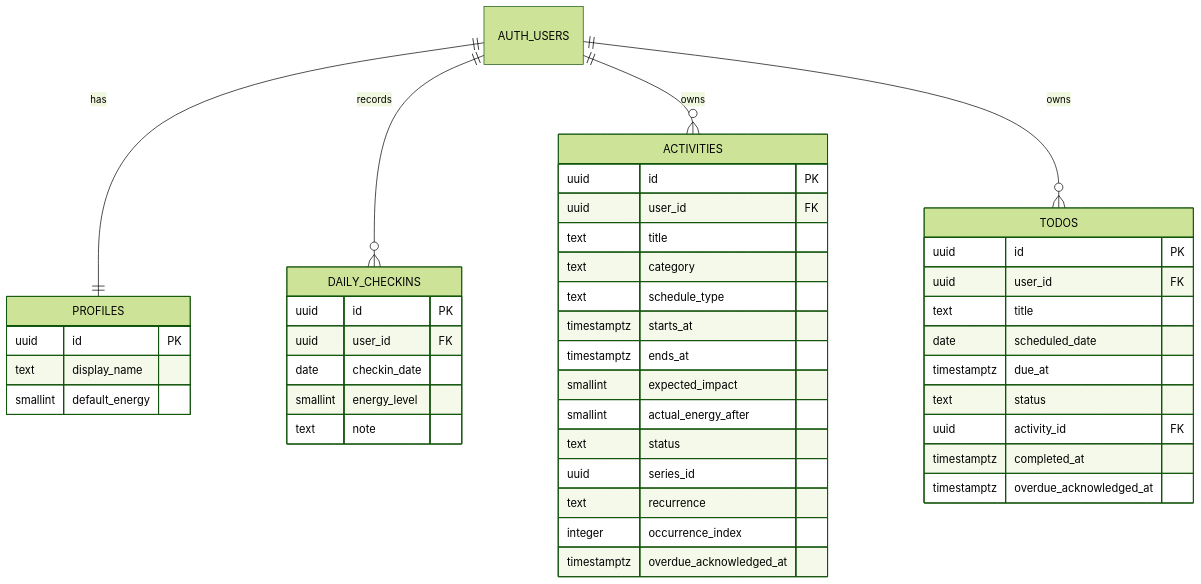
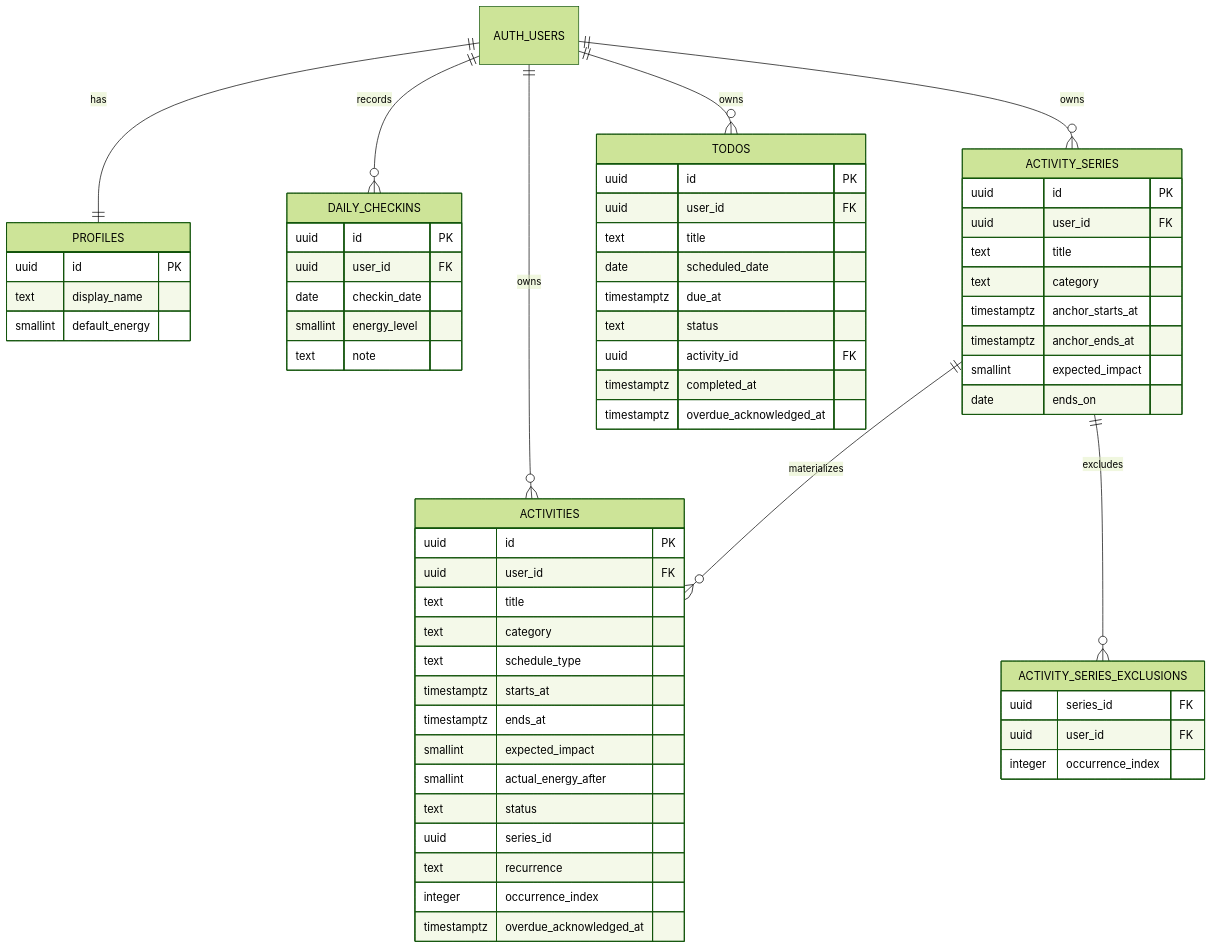
One commit to Khanh048/Bai-tap-Training changed the second of 3 diagrams in ARCHITECTURE.md. Above: the diagram before and after it, drawn with Mermaid (forest theme). The commit also changed other lines of this file and 13 other files, not shown here.

````diff
--- a/ARCHITECTURE.md
+++ b/ARCHITECTURE.md
@@ -45,50 +45,70 @@
 ```mermaid
 erDiagram
     AUTH_USERS ||--|| PROFILES : has
     AUTH_USERS ||--o{ DAILY_CHECKINS : records
+    AUTH_USERS ||--o{ ACTIVITY_SERIES : owns
+    ACTIVITY_SERIES ||--o{ ACTIVITIES : materializes
+    ACTIVITY_SERIES ||--o{ ACTIVITY_SERIES_EXCLUSIONS : excludes
     AUTH_USERS ||--o{ ACTIVITIES : owns
     AUTH_USERS ||--o{ TODOS : owns
 
     PROFILES {
         uuid id PK
         text display_name
         smallint default_energy
     }
 
     DAILY_CHECKINS {
         uuid id PK
         uuid user_id FK
         date checkin_date
         smallint energy_level
         text note
+    }
+
+    ACTIVITY_SERIES {
+        uuid id PK
+        uuid user_id FK
+        text title
+        text category
+        timestamptz anchor_starts_at
+        timestamptz anchor_ends_at
+        smallint expected_impact
+        date ends_on
+    }
+
+    ACTIVITY_SERIES_EXCLUSIONS {
+        uuid series_id FK
+        uuid user_id FK
+        integer occurrence_index
     }
 
     ACTIVITIES {
         uuid id PK
         uuid user_id FK
         text title
         text category
         text schedule_type
         timestamptz starts_at
         timestamptz ends_at
         smallint expected_impact
         smallint actual_energy_after
         text status
         uuid series_id
         text recurrence
         integer occurrence_index
         timestamptz overdue_acknowledged_at
     }
 
     TODOS {
         uuid id PK
         uuid user_id FK
         text title
         date scheduled_date
         timestamptz due_at
         text status
         uuid activity_id FK
         timestamptz completed_at
         timestamptz overdue_acknowledged_at
     }
 ```
````
